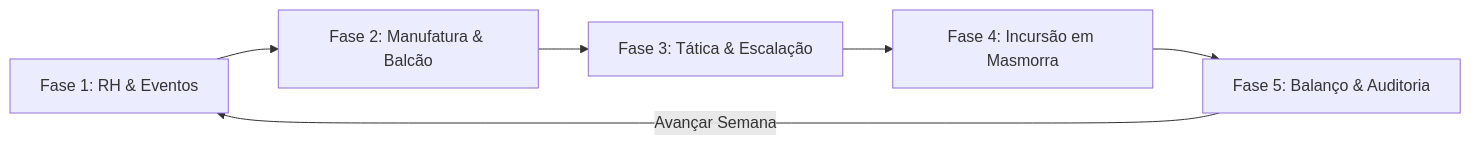
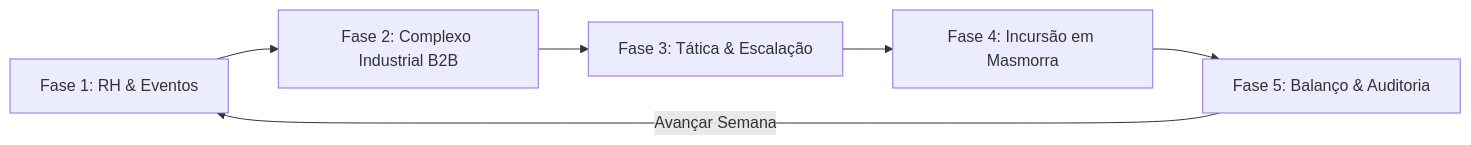
Before and after one commit to rhfsimoes/herofoot: the first of 2 diagrams in docs/AI_MASTER_CONTEXT.md, drawn with Mermaid. The commit also changed other lines of this file and 4 other files, not shown here.

Commit message:
docs: update AI_MASTER_CONTEXT, README, README_WEB, CHANGELOG and ROADMAP to v0.7.1 describing all active game processes

````diff
--- a/docs/AI_MASTER_CONTEXT.md
+++ b/docs/AI_MASTER_CONTEXT.md
@@ -52,8 +52,8 @@
 ```mermaid
 flowchart LR
-    F1["Fase 1: RH & Eventos"] --> F2["Fase 2: Manufatura & Balcão"]
+    F1["Fase 1: RH & Eventos"] --> F2["Fase 2: Complexo Industrial B2B"]
     F2 --> F3["Fase 3: Tática & Escalação"]
     F3 --> F4["Fase 4: Incursão em Masmorra"]
     F4 --> F5["Fase 5: Balanço & Auditoria"]
     F5 -->|Avançar Semana| F1
 ```
````
